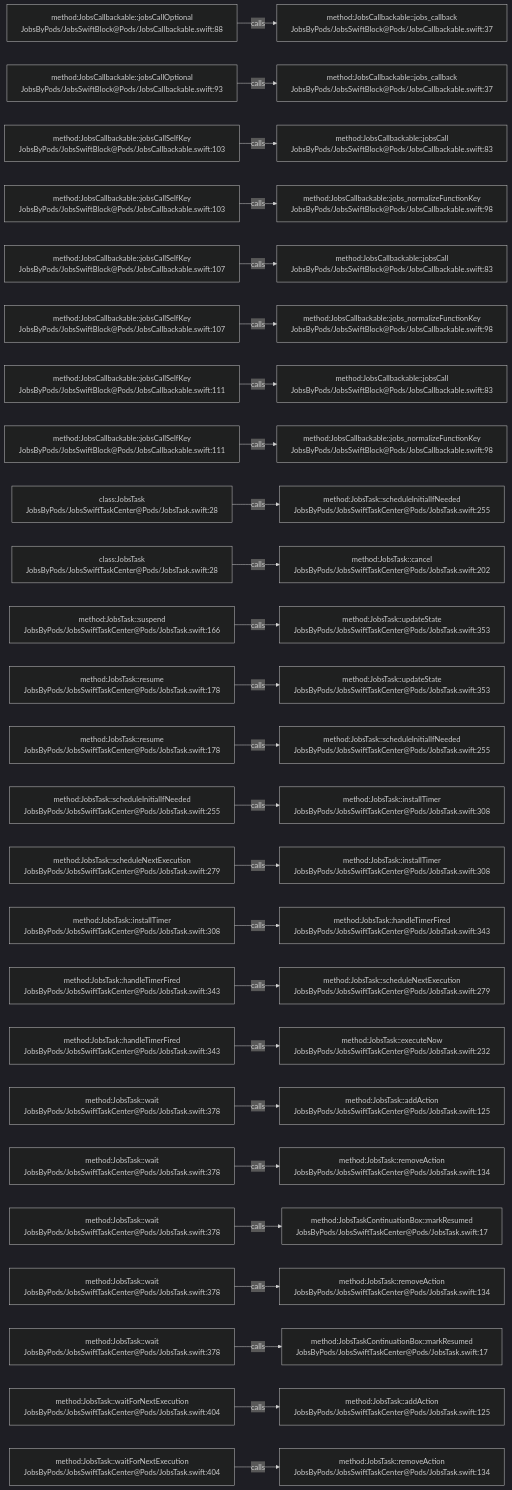
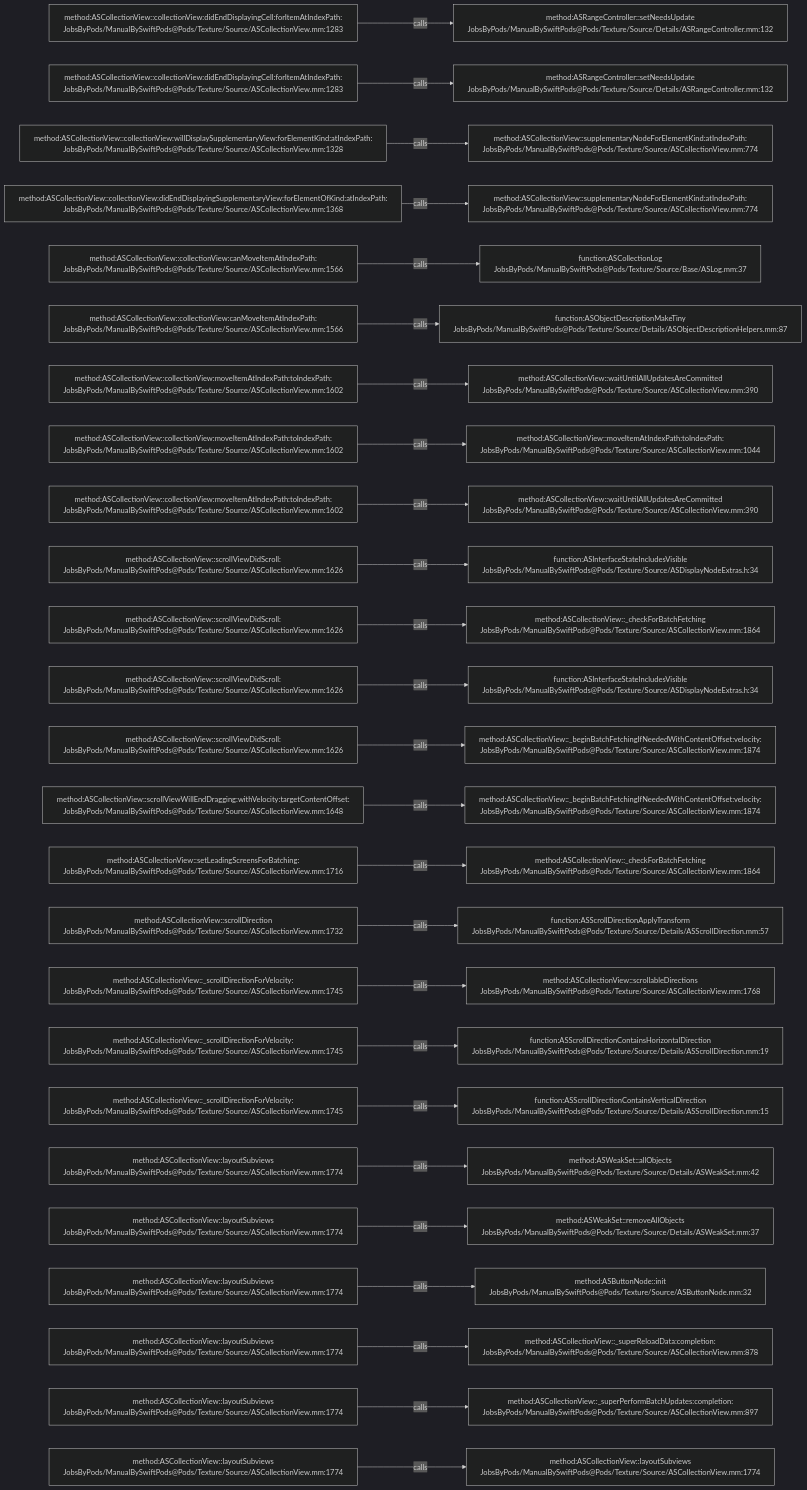
The diagram in .codegraph/codegraph.md/graphs/calls-013.md (JobsKits/JobsSwiftBaseConfigDemo), drawn with Mermaid (dark theme) before and after one commit. The commit also changed 832 other files, not shown here.

````diff
--- a/.codegraph/codegraph.md/graphs/calls-013.md
+++ b/.codegraph/codegraph.md/graphs/calls-013.md
@@ -13,78 +13,78 @@
 ```mermaid
 flowchart LR
-  S1["method:JobsCallbackable::jobsCallOptional<br/>JobsByPods/JobsSwiftBlock@Pods/JobsCallbackable.swift:88"]
-  T1["method:JobsCallbackable::jobs_callback<br/>JobsByPods/JobsSwiftBlock@Pods/JobsCallbackable.swift:37"]
+  S1["method:ASCollectionView::collectionView:didEndDisplayingCell:forItemAtIndexPath:<br/>JobsByPods/ManualBySwiftPods@Pods/Texture/Source/ASCollectionView.mm:1283"]
+  T1["method:ASRangeController::setNeedsUpdate<br/>JobsByPods/ManualBySwiftPods@Pods/Texture/Source/Details/ASRangeController.mm:132"]
   S1 -->|calls| T1
-  S2["method:JobsCallbackable::jobsCallOptional<br/>JobsByPods/JobsSwiftBlock@Pods/JobsCallbackable.swift:93"]
-  T2["method:JobsCallbackable::jobs_callback<br/>JobsByPods/JobsSwiftBlock@Pods/JobsCallbackable.swift:37"]
+  S2["method:ASCollectionView::collectionView:didEndDisplayingCell:forItemAtIndexPath:<br/>JobsByPods/ManualBySwiftPods@Pods/Texture/Source/ASCollectionView.mm:1283"]
+  T2["method:ASRangeController::setNeedsUpdate<br/>JobsByPods/ManualBySwiftPods@Pods/Texture/Source/Details/ASRangeController.mm:132"]
   S2 -->|calls| T2
-  S3["method:JobsCallbackable::jobsCallSelfKey<br/>JobsByPods/JobsSwiftBlock@Pods/JobsCallbackable.swift:103"]
-  T3["method:JobsCallbackable::jobsCall<br/>JobsByPods/JobsSwiftBlock@Pods/JobsCallbackable.swift:83"]
+  S3["method:ASCollectionView::collectionView:willDisplaySupplementaryView:forElementKind:atIndexPath:<br/>JobsByPods/ManualBySwiftPods@Pods/Texture/Source/ASCollectionView.mm:1328"]
+  T3["method:ASCollectionView::supplementaryNodeForElementKind:atIndexPath:<br/>JobsByPods/ManualBySwiftPods@Pods/Texture/Source/ASCollectionView.mm:774"]
   S3 -->|calls| T3
-  S4["method:JobsCallbackable::jobsCallSelfKey<br/>JobsByPods/JobsSwiftBlock@Pods/JobsCallbackable.swift:103"]
-  T4["method:JobsCallbackable::jobs_normalizeFunctionKey<br/>JobsByPods/JobsSwiftBlock@Pods/JobsCallbackable.swift:98"]
+  S4["method:ASCollectionView::collectionView:didEndDisplayingSupplementaryView:forElementOfKind:atIndexPath:<br/>JobsByPods/ManualBySwiftPods@Pods/Texture/Source/ASCollectionView.mm:1368"]
+  T4["method:ASCollectionView::supplementaryNodeForElementKind:atIndexPath:<br/>JobsByPods/ManualBySwiftPods@Pods/Texture/Source/ASCollectionView.mm:774"]
   S4 -->|calls| T4
-  S5["method:JobsCallbackable::jobsCallSelfKey<br/>JobsByPods/JobsSwiftBlock@Pods/JobsCallbackable.swift:107"]
-  T5["method:JobsCallbackable::jobsCall<br/>JobsByPods/JobsSwiftBlock@Pods/JobsCallbackable.swift:83"]
+  S5["method:ASCollectionView::collectionView:canMoveItemAtIndexPath:<br/>JobsByPods/ManualBySwiftPods@Pods/Texture/Source/ASCollectionView.mm:1566"]
+  T5["function:ASCollectionLog<br/>JobsByPods/ManualBySwiftPods@Pods/Texture/Source/Base/ASLog.mm:37"]
   S5 -->|calls| T5
-  S6["method:JobsCallbackable::jobsCallSelfKey<br/>JobsByPods/JobsSwiftBlock@Pods/JobsCallbackable.swift:107"]
-  T6["method:JobsCallbackable::jobs_normalizeFunctionKey<br/>JobsByPods/JobsSwiftBlock@Pods/JobsCallbackable.swift:98"]
+  S6["method:ASCollectionView::collectionView:canMoveItemAtIndexPath:<br/>JobsByPods/ManualBySwiftPods@Pods/Texture/Source/ASCollectionView.mm:1566"]
+  T6["function:ASObjectDescriptionMakeTiny<br/>JobsByPods/ManualBySwiftPods@Pods/Texture/Source/Details/ASObjectDescriptionHelpers.mm:87"]
   S6 -->|calls| T6
-  S7["method:JobsCallbackable::jobsCallSelfKey<br/>JobsByPods/JobsSwiftBlock@Pods/JobsCallbackable.swift:111"]
-  T7["method:JobsCallbackable::jobsCall<br/>JobsByPods/JobsSwiftBlock@Pods/JobsCallbackable.swift:83"]
+  S7["method:ASCollectionView::collectionView:moveItemAtIndexPath:toIndexPath:<br/>JobsByPods/ManualBySwiftPods@Pods/Texture/Source/ASCollectionView.mm:1602"]
+  T7["method:ASCollectionView::waitUntilAllUpdatesAreCommitted<br/>JobsByPods/ManualBySwiftPods@Pods/Texture/Source/ASCollectionView.mm:390"]
   S7 -->|calls| T7
-  S8["method:JobsCallbackable::jobsCallSelfKey<br/>JobsByPods/JobsSwiftBlock@Pods/JobsCallbackable.swift:111"]
-  T8["method:JobsCallbackable::jobs_normalizeFunctionKey<br/>JobsByPods/JobsSwiftBlock@Pods/JobsCallbackable.swift:98"]
+  S8["method:ASCollectionView::collectionView:moveItemAtIndexPath:toIndexPath:<br/>JobsByPods/ManualBySwiftPods@Pods/Texture/Source/ASCollectionView.mm:1602"]
+  T8["method:ASCollectionView::moveItemAtIndexPath:toIndexPath:<br/>JobsByPods/ManualBySwiftPods@Pods/Texture/Source/ASCollectionView.mm:1044"]
   S8 -->|calls| T8
-  S9["class:JobsTask<br/>JobsByPods/JobsSwiftTaskCenter@Pods/JobsTask.swift:28"]
-  T9["method:JobsTask::scheduleInitialIfNeeded<br/>JobsByPods/JobsSwiftTaskCenter@Pods/JobsTask.swift:255"]
+  S9["method:ASCollectionView::collectionView:moveItemAtIndexPath:toIndexPath:<br/>JobsByPods/ManualBySwiftPods@Pods/Texture/Source/ASCollectionView.mm:1602"]
+  T9["method:ASCollectionView::waitUntilAllUpdatesAreCommitted<br/>JobsByPods/ManualBySwiftPods@Pods/Texture/Source/ASCollectionView.mm:390"]
   S9 -->|calls| T9
-  S10["class:JobsTask<br/>JobsByPods/JobsSwiftTaskCenter@Pods/JobsTask.swift:28"]
-  T10["method:JobsTask::cancel<br/>JobsByPods/JobsSwiftTaskCenter@Pods/JobsTask.swift:202"]
+  S10["method:ASCollectionView::scrollViewDidScroll:<br/>JobsByPods/ManualBySwiftPods@Pods/Texture/Source/ASCollectionView.mm:1626"]
+  T10["function:ASInterfaceStateIncludesVisible<br/>JobsByPods/ManualBySwiftPods@Pods/Texture/Source/ASDisplayNodeExtras.h:34"]
   S10 -->|calls| T10
-  S11["method:JobsTask::suspend<br/>JobsByPods/JobsSwiftTaskCenter@Pods/JobsTask.swift:166"]
-  T11["method:JobsTask::updateState<br/>JobsByPods/JobsSwiftTaskCenter@Pods/JobsTask.swift:353"]
+  S11["method:ASCollectionView::scrollViewDidScroll:<br/>JobsByPods/ManualBySwiftPods@Pods/Texture/Source/ASCollectionView.mm:1626"]
+  T11["method:ASCollectionView::_checkForBatchFetching<br/>JobsByPods/ManualBySwiftPods@Pods/Texture/Source/ASCollectionView.mm:1864"]
   S11 -->|calls| T11
-  S12["method:JobsTask::resume<br/>JobsByPods/JobsSwiftTaskCenter@Pods/JobsTask.swift:178"]
-  T12["method:JobsTask::updateState<br/>JobsByPods/JobsSwiftTaskCenter@Pods/JobsTask.swift:353"]
+  S12["method:ASCollectionView::scrollViewDidScroll:<br/>JobsByPods/ManualBySwiftPods@Pods/Texture/Source/ASCollectionView.mm:1626"]
+  T12["function:ASInterfaceStateIncludesVisible<br/>JobsByPods/ManualBySwiftPods@Pods/Texture/Source/ASDisplayNodeExtras.h:34"]
   S12 -->|calls| T12
-  S13["method:JobsTask::resume<br/>JobsByPods/JobsSwiftTaskCenter@Pods/JobsTask.swift:178"]
-  T13["method:JobsTask::scheduleInitialIfNeeded<br/>JobsByPods/JobsSwiftTaskCenter@Pods/JobsTask.swift:255"]
+  S13["method:ASCollectionView::scrollViewDidScroll:<br/>JobsByPods/ManualBySwiftPods@Pods/Texture/Source/ASCollectionView.mm:1626"]
+  T13["method:ASCollectionView::_beginBatchFetchingIfNeededWithContentOffset:velocity:<br/>JobsByPods/ManualBySwiftPods@Pods/Texture/Source/ASCollectionView.mm:1874"]
   S13 -->|calls| T13
-  S14["method:JobsTask::scheduleInitialIfNeeded<br/>JobsByPods/JobsSwiftTaskCenter@Pods/JobsTask.swift:255"]
-  T14["method:JobsTask::installTimer<br/>JobsByPods/JobsSwiftTaskCenter@Pods/JobsTask.swift:308"]
+  S14["method:ASCollectionView::scrollViewWillEndDragging:withVelocity:targetContentOffset:<br/>JobsByPods/ManualBySwiftPods@Pods/Texture/Source/ASCollectionView.mm:1648"]
+  T14["method:ASCollectionView::_beginBatchFetchingIfNeededWithContentOffset:velocity:<br/>JobsByPods/ManualBySwiftPods@Pods/Texture/Source/ASCollectionView.mm:1874"]
   S14 -->|calls| T14
-  S15["method:JobsTask::scheduleNextExecution<br/>JobsByPods/JobsSwiftTaskCenter@Pods/JobsTask.swift:279"]
-  T15["method:JobsTask::installTimer<br/>JobsByPods/JobsSwiftTaskCenter@Pods/JobsTask.swift:308"]
+  S15["method:ASCollectionView::setLeadingScreensForBatching:<br/>JobsByPods/ManualBySwiftPods@Pods/Texture/Source/ASCollectionView.mm:1716"]
+  T15["method:ASCollectionView::_checkForBatchFetching<br/>JobsByPods/ManualBySwiftPods@Pods/Texture/Source/ASCollectionView.mm:1864"]
   S15 -->|calls| T15
-  S16["method:JobsTask::installTimer<br/>JobsByPods/JobsSwiftTaskCenter@Pods/JobsTask.swift:308"]
-  T16["method:JobsTask::handleTimerFired<br/>JobsByPods/JobsSwiftTaskCenter@Pods/JobsTask.swift:343"]
+  S16["method:ASCollectionView::scrollDirection<br/>JobsByPods/ManualBySwiftPods@Pods/Texture/Source/ASCollectionView.mm:1732"]
+  T16["function:ASScrollDirectionApplyTransform<br/>JobsByPods/ManualBySwiftPods@Pods/Texture/Source/Details/ASScrollDirection.mm:57"]
   S16 -->|calls| T16
-  S17["method:JobsTask::handleTimerFired<br/>JobsByPods/JobsSwiftTaskCenter@Pods/JobsTask.swift:343"]
-  T17["method:JobsTask::scheduleNextExecution<br/>JobsByPods/JobsSwiftTaskCenter@Pods/JobsTask.swift:279"]
+  S17["method:ASCollectionView::_scrollDirectionForVelocity:<br/>JobsByPods/ManualBySwiftPods@Pods/Texture/Source/ASCollectionView.mm:1745"]
+  T17["method:ASCollectionView::scrollableDirections<br/>JobsByPods/ManualBySwiftPods@Pods/Texture/Source/ASCollectionView.mm:1768"]
   S17 -->|calls| T17
-  S18["method:JobsTask::handleTimerFired<br/>JobsByPods/JobsSwiftTaskCenter@Pods/JobsTask.swift:343"]
-  T18["method:JobsTask::executeNow<br/>JobsByPods/JobsSwiftTaskCenter@Pods/JobsTask.swift:232"]
+  S18["method:ASCollectionView::_scrollDirectionForVelocity:<br/>JobsByPods/ManualBySwiftPods@Pods/Texture/Source/ASCollectionView.mm:1745"]
+  T18["function:ASScrollDirectionContainsHorizontalDirection<br/>JobsByPods/ManualBySwiftPods@Pods/Texture/Source/Details/ASScrollDirection.mm:19"]
   S18 -->|calls| T18
-  S19["method:JobsTask::wait<br/>JobsByPods/JobsSwiftTaskCenter@Pods/JobsTask.swift:378"]
-  T19["method:JobsTask::addAction<br/>JobsByPods/JobsSwiftTaskCenter@Pods/JobsTask.swift:125"]
+  S19["method:ASCollectionView::_scrollDirectionForVelocity:<br/>JobsByPods/ManualBySwiftPods@Pods/Texture/Source/ASCollectionView.mm:1745"]
+  T19["function:ASScrollDirectionContainsVerticalDirection<br/>JobsByPods/ManualBySwiftPods@Pods/Texture/Source/Details/ASScrollDirection.mm:15"]
   S19 -->|calls| T19
-  S20["method:JobsTask::wait<br/>JobsByPods/JobsSwiftTaskCenter@Pods/JobsTask.swift:378"]
-  T20["method:JobsTask::removeAction<br/>JobsByPods/JobsSwiftTaskCenter@Pods/JobsTask.swift:134"]
+  S20["method:ASCollectionView::layoutSubviews<br/>JobsByPods/ManualBySwiftPods@Pods/Texture/Source/ASCollectionView.mm:1774"]
+  T20["method:ASWeakSet::allObjects<br/>JobsByPods/ManualBySwiftPods@Pods/Texture/Source/Details/ASWeakSet.mm:42"]
   S20 -->|calls| T20
-  S21["method:JobsTask::wait<br/>JobsByPods/JobsSwiftTaskCenter@Pods/JobsTask.swift:378"]
-  T21["method:JobsTaskContinuationBox::markResumed<br/>JobsByPods/JobsSwiftTaskCenter@Pods/JobsTask.swift:17"]
+  S21["method:ASCollectionView::layoutSubviews<br/>JobsByPods/ManualBySwiftPods@Pods/Texture/Source/ASCollectionView.mm:1774"]
+  T21["method:ASWeakSet::removeAllObjects<br/>JobsByPods/ManualBySwiftPods@Pods/Texture/Source/Details/ASWeakSet.mm:37"]
   S21 -->|calls| T21
-  S22["method:JobsTask::wait<br/>JobsByPods/JobsSwiftTaskCenter@Pods/JobsTask.swift:378"]
-  T22["method:JobsTask::removeAction<br/>JobsByPods/JobsSwiftTaskCenter@Pods/JobsTask.swift:134"]
+  S22["method:ASCollectionView::layoutSubviews<br/>JobsByPods/ManualBySwiftPods@Pods/Texture/Source/ASCollectionView.mm:1774"]
+  T22["method:ASButtonNode::init<br/>JobsByPods/ManualBySwiftPods@Pods/Texture/Source/ASButtonNode.mm:32"]
   S22 -->|calls| T22
-  S23["method:JobsTask::wait<br/>JobsByPods/JobsSwiftTaskCenter@Pods/JobsTask.swift:378"]
-  T23["method:JobsTaskContinuationBox::markResumed<br/>JobsByPods/JobsSwiftTaskCenter@Pods/JobsTask.swift:17"]
+  S23["method:ASCollectionView::layoutSubviews<br/>JobsByPods/ManualBySwiftPods@Pods/Texture/Source/ASCollectionView.mm:1774"]
+  T23["method:ASCollectionView::_superReloadData:completion:<br/>JobsByPods/ManualBySwiftPods@Pods/Texture/Source/ASCollectionView.mm:878"]
   S23 -->|calls| T23
-  S24["method:JobsTask::waitForNextExecution<br/>JobsByPods/JobsSwiftTaskCenter@Pods/JobsTask.swift:404"]
-  T24["method:JobsTask::addAction<br/>JobsByPods/JobsSwiftTaskCenter@Pods/JobsTask.swift:125"]
+  S24["method:ASCollectionView::layoutSubviews<br/>JobsByPods/ManualBySwiftPods@Pods/Texture/Source/ASCollectionView.mm:1774"]
+  T24["method:ASCollectionView::_superPerformBatchUpdates:completion:<br/>JobsByPods/ManualBySwiftPods@Pods/Texture/Source/ASCollectionView.mm:897"]
   S24 -->|calls| T24
-  S25["method:JobsTask::waitForNextExecution<br/>JobsByPods/JobsSwiftTaskCenter@Pods/JobsTask.swift:404"]
-  T25["method:JobsTask::removeAction<br/>JobsByPods/JobsSwiftTaskCenter@Pods/JobsTask.swift:134"]
+  S25["method:ASCollectionView::layoutSubviews<br/>JobsByPods/ManualBySwiftPods@Pods/Texture/Source/ASCollectionView.mm:1774"]
+  T25["method:ASCollectionView::layoutSubviews<br/>JobsByPods/ManualBySwiftPods@Pods/Texture/Source/ASCollectionView.mm:1774"]
   S25 -->|calls| T25
 ```
````
